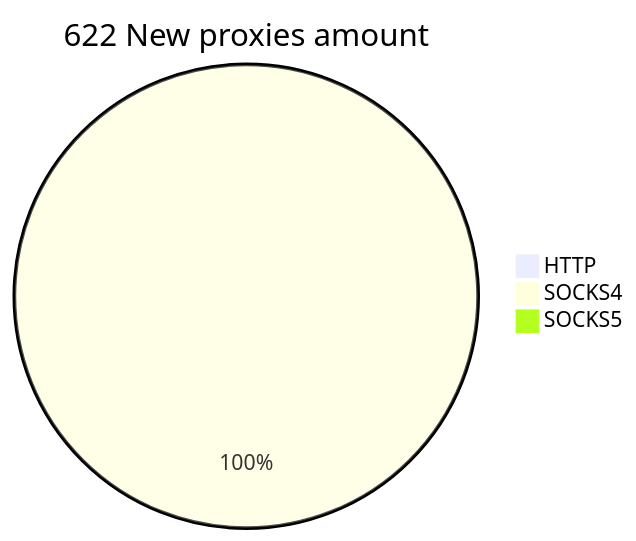
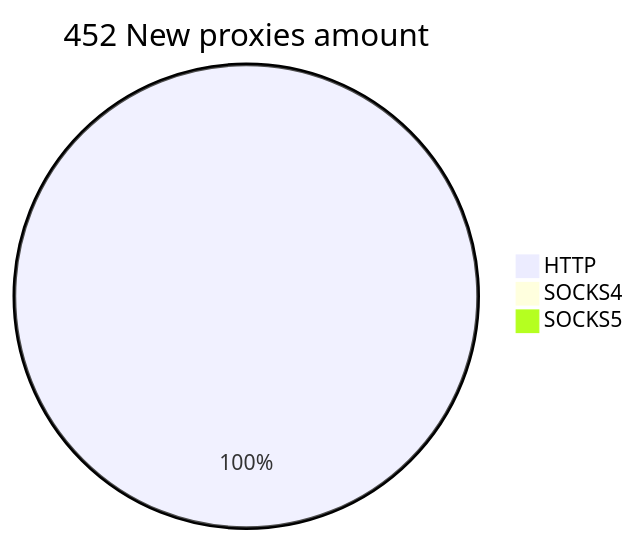
The second of 2 diagrams in README.md (cutipu/proxylist), drawn with Mermaid before and after one commit. The commit also changed other lines of this file, not shown here.

````diff
--- a/README.md
+++ b/README.md
@@ -10,6 +10,6 @@
 ```mermaid
-pie title 622 New proxies amount
-    "HTTP" : 1
-    "SOCKS4" : 623
+pie title 452 New proxies amount
+    "HTTP" : 456
+    "SOCKS4" : 0
     "SOCKS5" : 0
 ```
````
